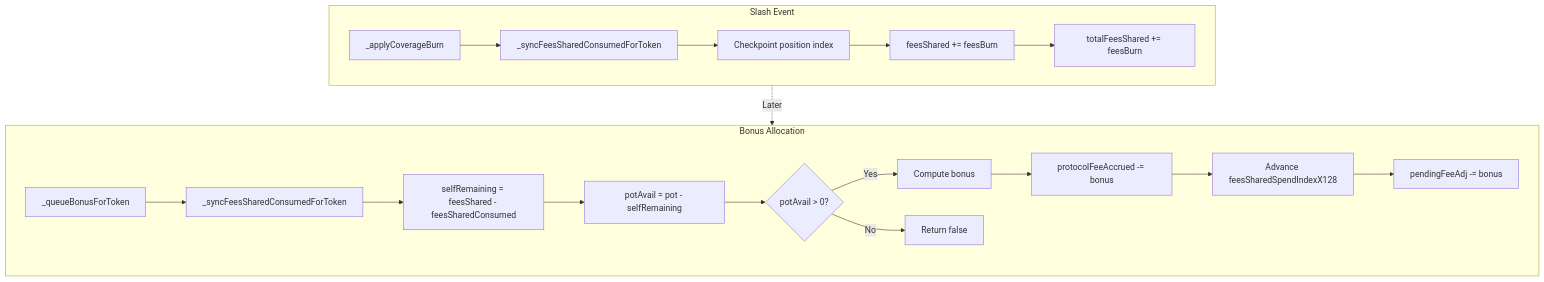
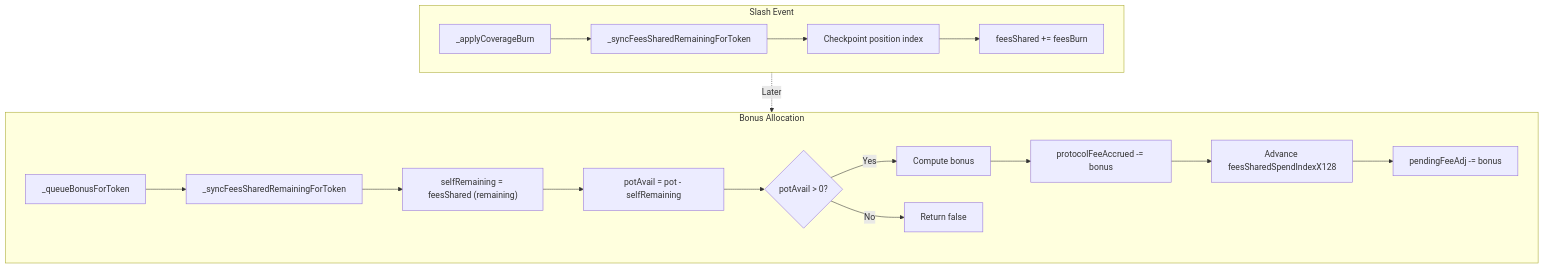
Before and after one commit to usherlabs/fiet-public: the diagram in agents/spec/Self-Excluding-Bonus-Attribution-via-Contribution-Spend-Index.md, drawn with Mermaid. The commit also changed other lines of this file and 7 other files, not shown here.

````diff
--- a/agents/spec/Self-Excluding-Bonus-Attribution-via-Contribution-Spend-Index.md
+++ b/agents/spec/Self-Excluding-Bonus-Attribution-via-Contribution-Spend-Index.md
@@ -292,23 +292,22 @@
 ```mermaid
 flowchart TD
     subgraph slash_event [Slash Event]
-        S1[_applyCoverageBurn] --> S2[_syncFeesSharedConsumedForToken]
+        S1[_applyCoverageBurn] --> S2[_syncFeesSharedRemainingForToken]
         S2 --> S3[Checkpoint position index]
         S3 --> S4["feesShared += feesBurn"]
-        S4 --> S5["totalFeesShared += feesBurn"]
     end
     
     subgraph bonus_allocation [Bonus Allocation]
-        B1[_queueBonusForToken] --> B2[_syncFeesSharedConsumedForToken]
-        B2 --> B3["selfRemaining = feesShared - feesSharedConsumed"]
+        B1[_queueBonusForToken] --> B2[_syncFeesSharedRemainingForToken]
+        B2 --> B3["selfRemaining = feesShared (remaining)"]
         B3 --> B4["potAvail = pot - selfRemaining"]
         B4 --> B5{potAvail > 0?}
         B5 -->|Yes| B6[Compute bonus]
         B6 --> B7["protocolFeeAccrued -= bonus"]
         B7 --> B8["Advance feesSharedSpendIndexX128"]
         B8 --> B9["pendingFeeAdj -= bonus"]
         B5 -->|No| B10[Return false]
     end
     
     slash_event -.->|Later| bonus_allocation
 ```
````
